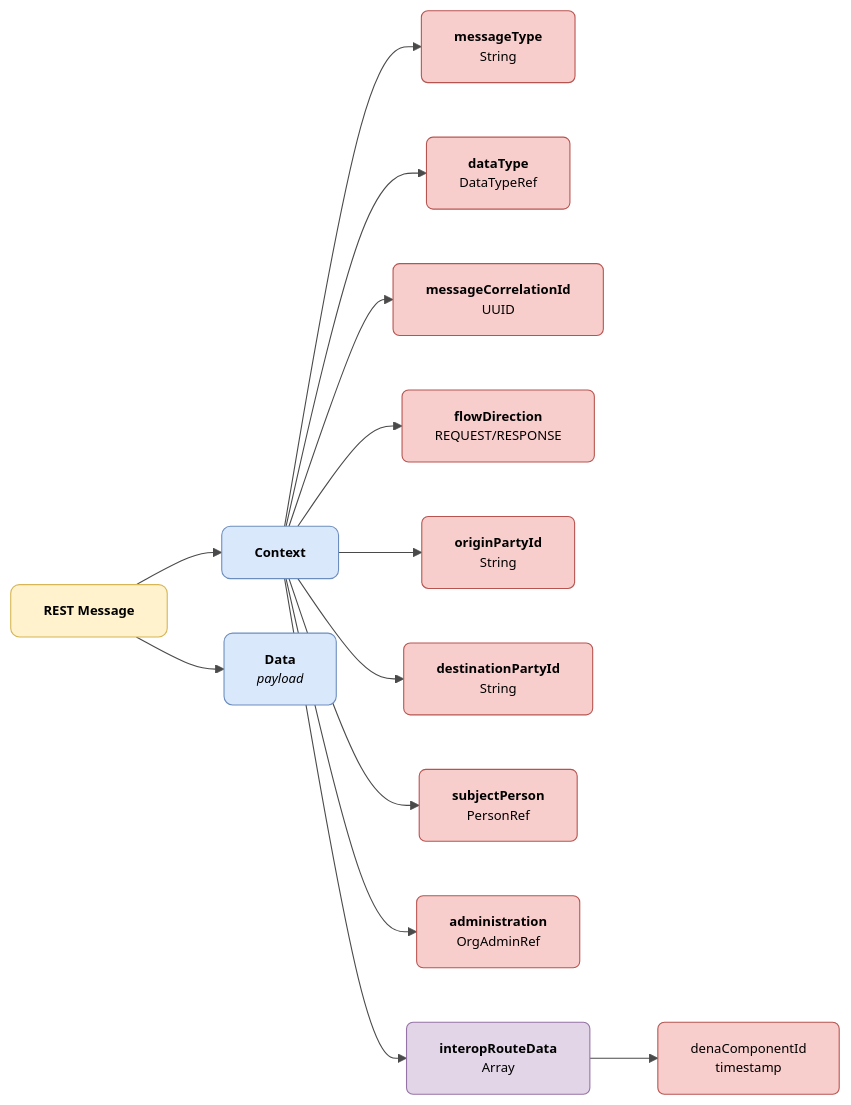
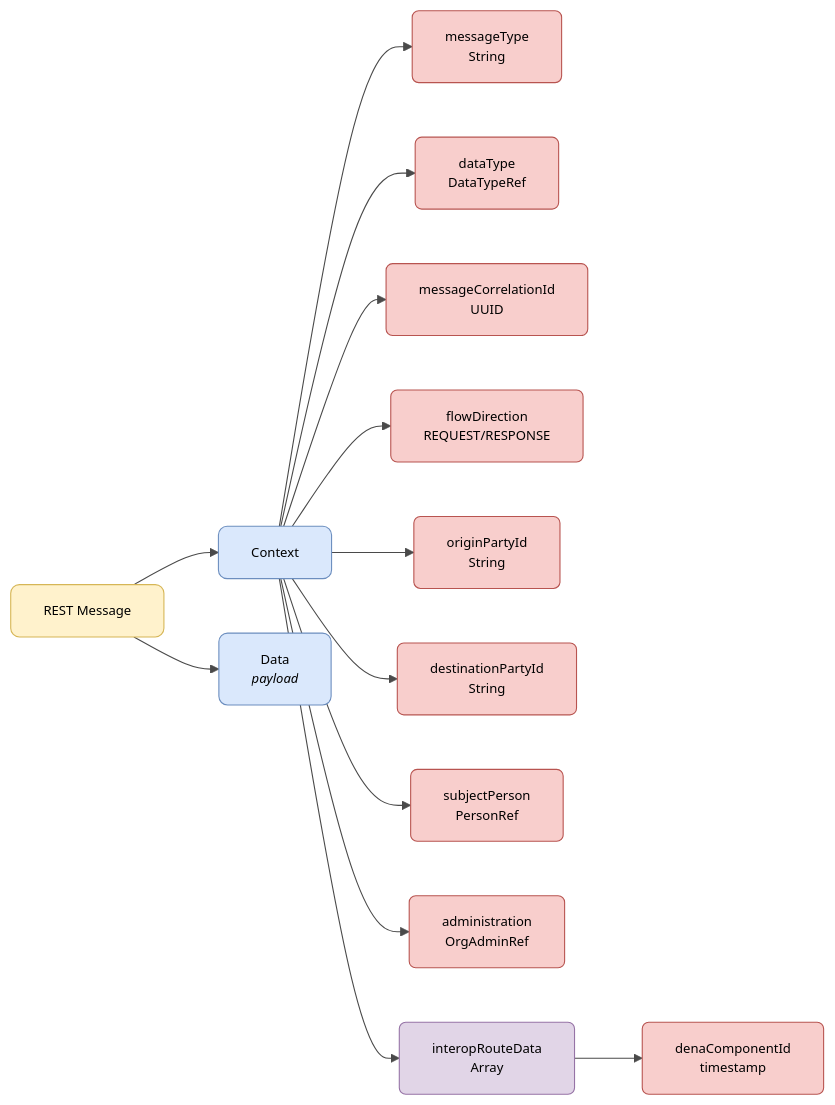
The diagram in docs/semantica/semantica-base/index.md (DENA-Euskadi/dena-euskadi.github.io), drawn with Mermaid before and after one commit. The commit also changed other lines of this file and 76 other files, not shown here.

````diff
--- a/docs/semantica/semantica-base/index.md
+++ b/docs/semantica/semantica-base/index.md
@@ -7,44 +11,43 @@
 ```mermaid
 ---
 config:
   theme: base
   themeVariables:
     primaryColor: "#FFFFFF"
     primaryTextColor: "#000000"
     primaryBorderColor: "#CCCCCC"
     lineColor: "#4A4A4A"
     fontSize: "12px"
 ---
 flowchart LR
-    ROOT["<b>REST Message</b>"]
-    
-    ROOT --> CONTEXT["<b>Context</b>"]
-    
-    ROOT --> DATA["<b>Data</b><br/><i>payload</i>"]
-    
-    CONTEXT --> MESSAGE_TYPE["<b>messageType</b><br/>String"]
-    CONTEXT --> DATA_TYPE["<b>dataType</b><br/>DataTypeRef"]
-    CONTEXT --> MESSAGE_CORRELATION_ID["<b>messageCorrelationId</b><br/>UUID"]
-    CONTEXT --> FLOW_DIRECTION["<b>flowDirection</b><br/>REQUEST/RESPONSE"]
-    CONTEXT --> ORIGIN_PARTY_ID["<b>originPartyId</b><br/>String"]
-    CONTEXT --> DESTINATION_PARTY_ID["<b>destinationPartyId</b><br/>String"]
-    CONTEXT --> SUBJECT_PERSON["<b>subjectPerson</b><br/>PersonRef"]
-    CONTEXT --> ADMINISTRATION["<b>administration</b><br/>OrgAdminRef"]
-    CONTEXT --> INTEROP_ROUTE_DATA["<b>interopRouteData</b><br/>Array"]
-    
+    ROOT["REST Message"]
+
+    ROOT --> CONTEXT["Context"]
+    ROOT --> DATA["Data<br/><i>payload</i>"]
+
+    CONTEXT --> MESSAGE_TYPE["messageType<br/>String"]
+    CONTEXT --> DATA_TYPE["dataType<br/>DataTypeRef"]
+    CONTEXT --> MESSAGE_CORRELATION_ID["messageCorrelationId<br/>UUID"]
+    CONTEXT --> FLOW_DIRECTION["flowDirection<br/>REQUEST/RESPONSE"]
+    CONTEXT --> ORIGIN_PARTY_ID["originPartyId<br/>String"]
+    CONTEXT --> DESTINATION_PARTY_ID["destinationPartyId<br/>String"]
+    CONTEXT --> SUBJECT_PERSON["subjectPerson<br/>PersonRef"]
+    CONTEXT --> ADMINISTRATION["administration<br/>OrgAdminRef"]
+    CONTEXT --> INTEROP_ROUTE_DATA["interopRouteData<br/>Array"]
+
     INTEROP_ROUTE_DATA --> IRDITEM["denaComponentId<br/>timestamp"]
-    
+
     style ROOT fill:#fff2cc,stroke:#d6b656,color:#000000,rx:8,ry:8
     style CONTEXT fill:#dae8fc,stroke:#6c8ebf,color:#000000,rx:8,ry:8
     style DATA fill:#dae8fc,stroke:#6c8ebf,color:#000000,rx:8,ry:8
     style MESSAGE_TYPE fill:#f8cecc,stroke:#b85450,color:#000000,rx:6,ry:6
     style DATA_TYPE fill:#f8cecc,stroke:#b85450,color:#000000,rx:6,ry:6
     style MESSAGE_CORRELATION_ID fill:#f8cecc,stroke:#b85450,color:#000000,rx:6,ry:6
     style FLOW_DIRECTION fill:#f8cecc,stroke:#b85450,color:#000000,rx:6,ry:6
     style ORIGIN_PARTY_ID fill:#f8cecc,stroke:#b85450,color:#000000,rx:6,ry:6
     style DESTINATION_PARTY_ID fill:#f8cecc,stroke:#b85450,color:#000000,rx:6,ry:6
     style SUBJECT_PERSON fill:#f8cecc,stroke:#b85450,color:#000000,rx:6,ry:6
     style ADMINISTRATION fill:#f8cecc,stroke:#b85450,color:#000000,rx:6,ry:6
     style INTEROP_ROUTE_DATA fill:#e1d5e7,stroke:#9673a6,color:#000000,rx:6,ry:6
     style IRDITEM fill:#f8cecc,stroke:#b85450,color:#000000,rx:6,ry:6
 ```
````
